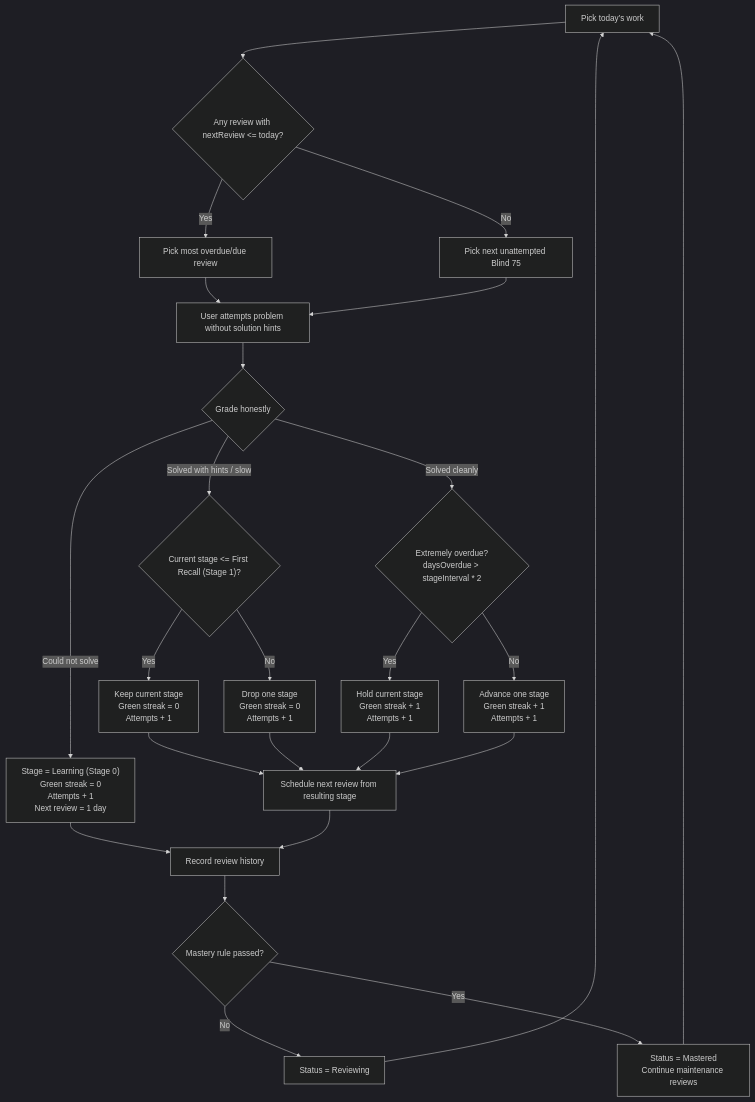
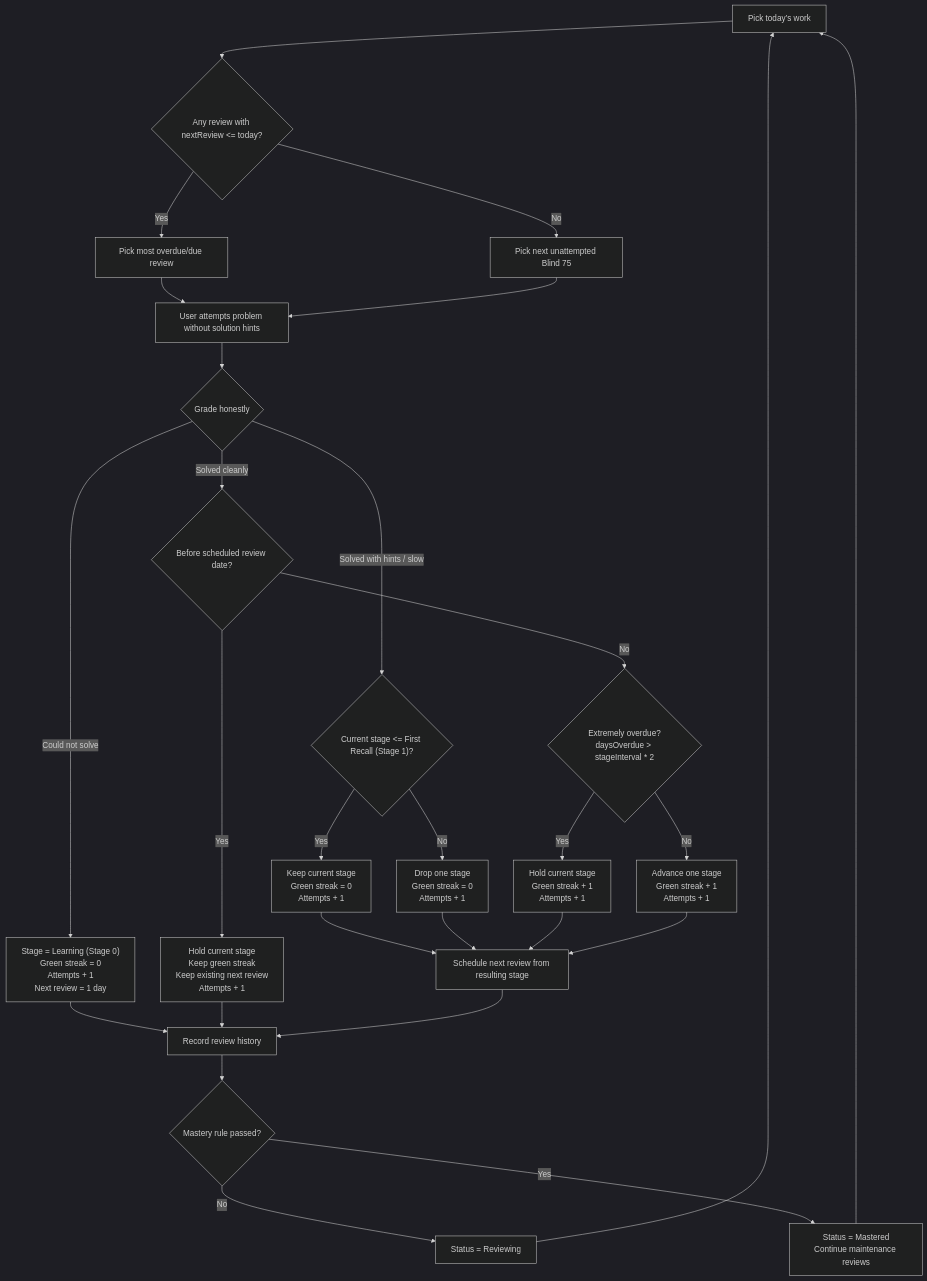
The diagram in docs/review-algorithm.md (shab95/leetcode-tracker), drawn with Mermaid (dark theme) before and after one commit. The commit also changed other lines of this file and 3 other files, not shown here.

Commit message:
Hold early clean reviews at current stage

````diff
--- a/docs/review-algorithm.md
+++ b/docs/review-algorithm.md
@@ -32,32 +32,35 @@
 ```mermaid
 flowchart TD
   A["Pick today’s work"] --> B{"Any review with nextReview <= today?"}
   B -->|Yes| C["Pick most overdue/due review"]
   B -->|No| D["Pick next unattempted Blind 75"]
   C --> E["User attempts problem without solution hints"]
   D --> E
   E --> F{"Grade honestly"}
 
   F -->|Could not solve| G["Stage = Learning (Stage 0)<br/>Green streak = 0<br/>Attempts + 1<br/>Next review = 1 day"]
   F -->|Solved with hints / slow| H{"Current stage <= First Recall (Stage 1)?"}
   H -->|Yes| I["Keep current stage<br/>Green streak = 0<br/>Attempts + 1"]
   H -->|No| J["Drop one stage<br/>Green streak = 0<br/>Attempts + 1"]
 
-  F -->|Solved cleanly| K{"Extremely overdue?<br/>daysOverdue > stageInterval * 2"}
-  K -->|Yes| L["Hold current stage<br/>Green streak + 1<br/>Attempts + 1"]
-  K -->|No| M["Advance one stage<br/>Green streak + 1<br/>Attempts + 1"]
+  F -->|Solved cleanly| K{"Before scheduled review date?"}
+  K -->|Yes| L["Hold current stage<br/>Keep green streak<br/>Keep existing next review<br/>Attempts + 1"]
+  K -->|No| M{"Extremely overdue?<br/>daysOverdue > stageInterval * 2"}
+  M -->|Yes| N["Hold current stage<br/>Green streak + 1<br/>Attempts + 1"]
+  M -->|No| O["Advance one stage<br/>Green streak + 1<br/>Attempts + 1"]
 
-  I --> N["Schedule next review from resulting stage"]
-  J --> N
-  L --> N
-  M --> N
-  G --> O["Record review history"]
-  N --> O
+  I --> P["Schedule next review from resulting stage"]
+  J --> P
+  N --> P
+  O --> P
+  G --> Q["Record review history"]
+  L --> Q
+  P --> Q
 
-  O --> P{"Mastery rule passed?"}
-  P -->|No| Q["Status = Reviewing"]
-  P -->|Yes| R["Status = Mastered<br/>Continue maintenance reviews"]
+  Q --> R{"Mastery rule passed?"}
+  R -->|No| S["Status = Reviewing"]
+  R -->|Yes| T["Status = Mastered<br/>Continue maintenance reviews"]
 
-  Q --> A
-  R --> A
+  S --> A
+  T --> A
 ```
````
